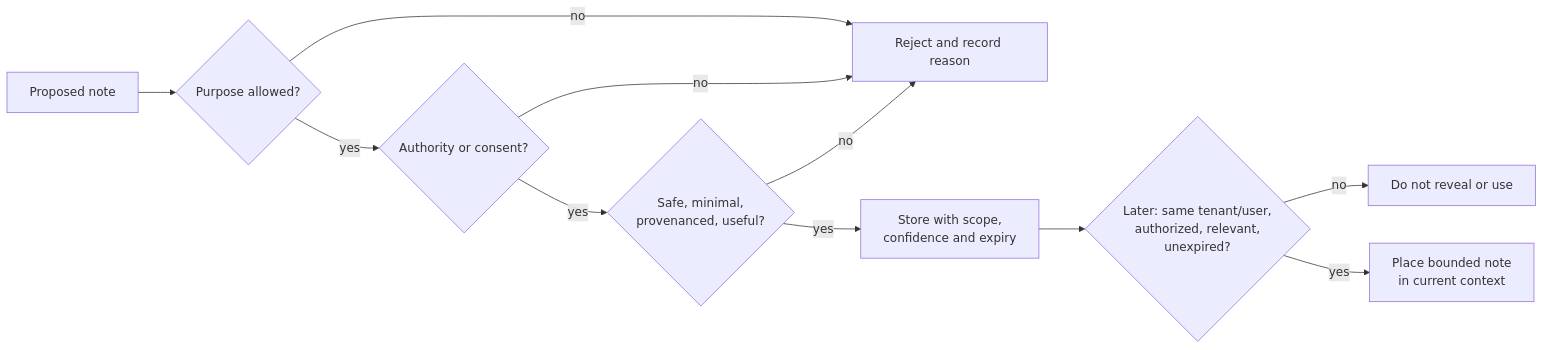
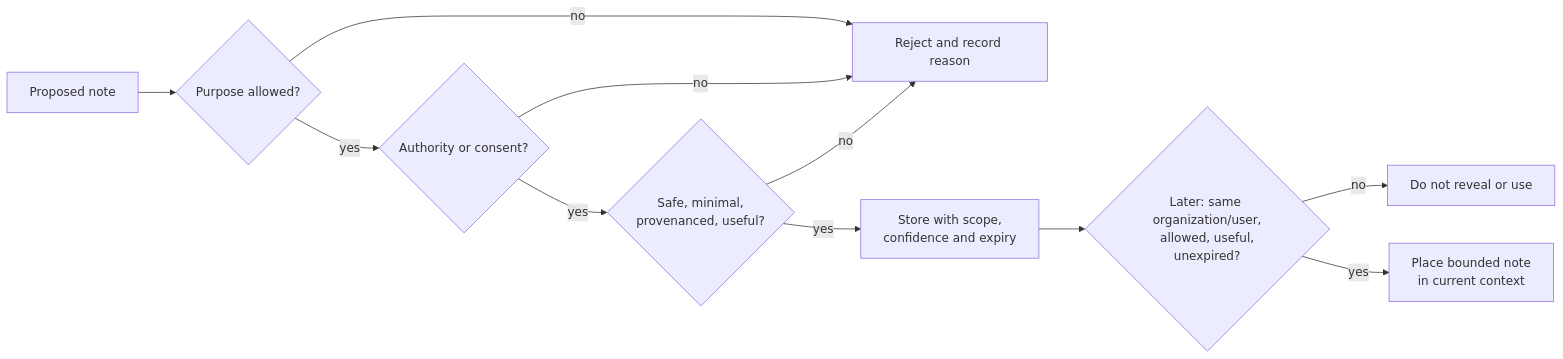
Before and after one commit to VikrantSingh01/Agentic_System_Design: the second of 3 diagrams in modules/03-context-knowledge-memory/chapters/12-memory-without-mythology.md, drawn with Mermaid. The commit also changed other lines of this file and 5 other files, not shown here.

Commit message:
Improve Module 3 diagram accessibility

````diff
--- a/modules/03-context-knowledge-memory/chapters/12-memory-without-mythology.md
+++ b/modules/03-context-knowledge-memory/chapters/12-memory-without-mythology.md
@@ -117,13 +117,13 @@
 ```mermaid
 flowchart LR
     P[Proposed note] --> W{Purpose allowed?}
     W -- no --> X[Reject and record reason]
     W -- yes --> U{Authority or consent?}
     U -- no --> X
     U -- yes --> S{Safe, minimal,<br/>provenanced, useful?}
     S -- no --> X
     S -- yes --> T[Store with scope,<br/>confidence and expiry]
-    T --> R{Later: same tenant/user,<br/>authorized, relevant,<br/>unexpired?}
+    T --> R{Later: same organization/user,<br/>allowed, useful,<br/>unexpired?}
     R -- no --> N[Do not reveal or use]
     R -- yes --> C[Place bounded note<br/>in current context]
 ```
````
